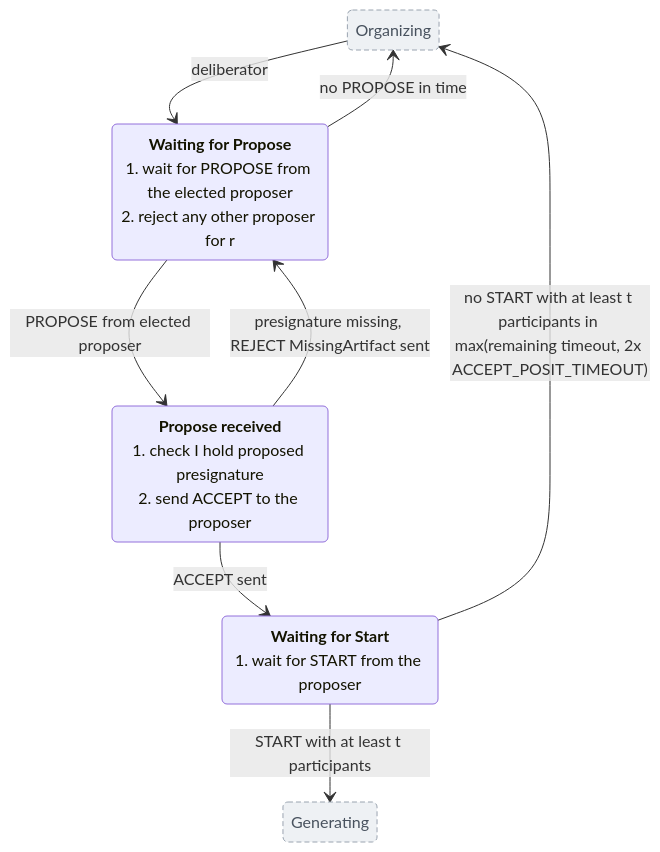
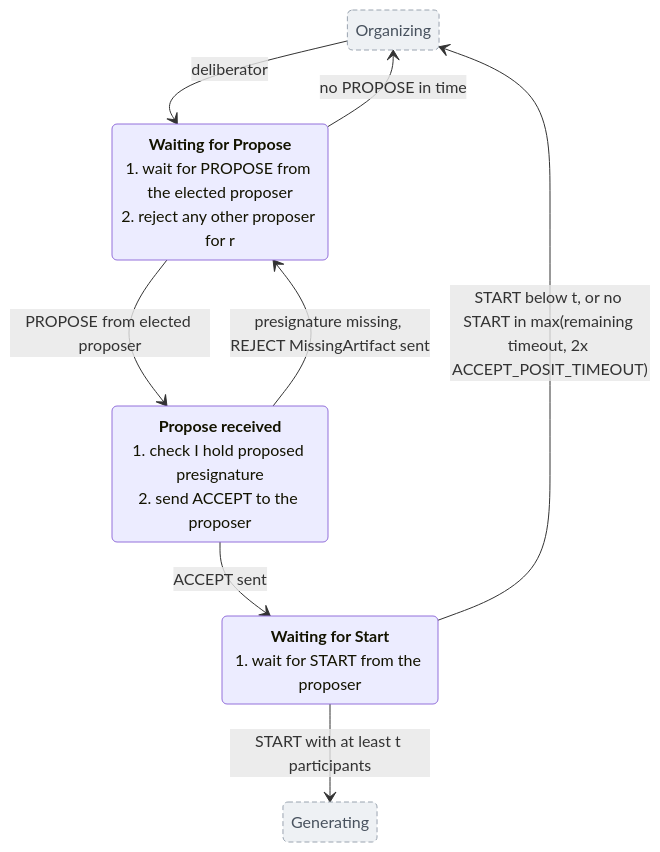
One commit to sig-net/mpc changed the fourth of 6 diagrams in doc/posit_state_machine.md. Above: the diagram before and after it, drawn with Mermaid. The commit also changed other lines of this file, not shown here.

````diff
--- a/doc/posit_state_machine.md
+++ b/doc/posit_state_machine.md
@@ -126,29 +127,29 @@
 ```mermaid
 stateDiagram-v2
     state "Organizing" as OrgIn
     
     state "<b>Waiting for Propose</b>
     1. wait for PROPOSE from the elected proposer
     2. reject any other proposer for r" as WaitingForPropose
     
     state "<b>Propose received</b>
     1. check I hold proposed presignature
     2. send ACCEPT to the proposer" as ProposeReceived
     
     state "<b>Waiting for Start</b>
     1. wait for START from the proposer" as WaitingForStart
     
     state "Generating" as GenOut
 
     OrgIn --> WaitingForPropose: deliberator
     WaitingForPropose --> ProposeReceived: PROPOSE from elected proposer
     ProposeReceived --> WaitingForStart: ACCEPT sent
     ProposeReceived --> WaitingForPropose: presignature missing, REJECT MissingArtifact sent
     WaitingForStart --> GenOut: START with at least t participants
 
     WaitingForPropose --> OrgIn: no PROPOSE in time
-    WaitingForStart --> OrgIn: no START with at least t participants in max(remaining timeout, 2x ACCEPT_POSIT_TIMEOUT)
+    WaitingForStart --> OrgIn: START below t, or no START in max(remaining timeout, 2x ACCEPT_POSIT_TIMEOUT)
 
     classDef outside fill:#eef1f4,stroke:#9aa4b0,color:#48525e,stroke-dasharray:5 3
     class OrgIn,GenOut outside
 ```
````
